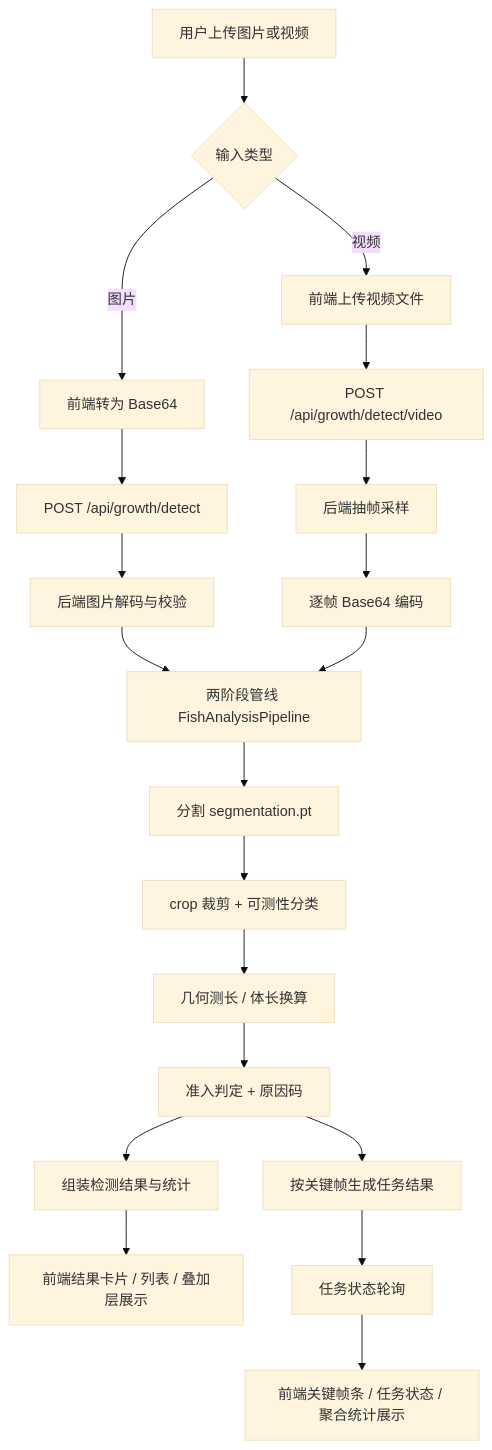
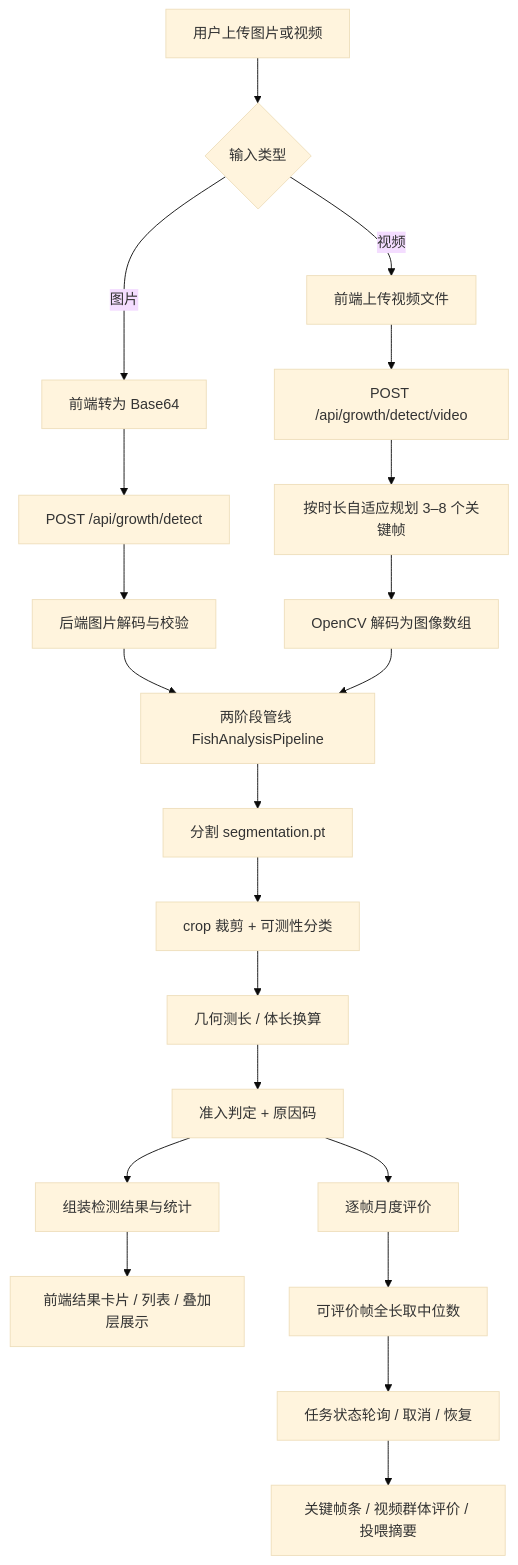
Before and after one commit to Yihe-ng/smart-fishery: the second of 2 diagrams in README.md, drawn with Mermaid (base theme). The commit also changed other lines of this file, not shown here.

````diff
--- a/README.md
+++ b/README.md
@@ -182,25 +182,26 @@
 ```mermaid
 flowchart TD
     A[用户上传图片或视频] --> B{输入类型}
     B -->|图片| C[前端转为 Base64]
     B -->|视频| D[前端上传视频文件]
 
     C --> E[POST /api/growth/detect]
     D --> F[POST /api/growth/detect/video]
 
     E --> G[后端图片解码与校验]
     G --> H[两阶段管线 FishAnalysisPipeline]
     H --> H1[分割 segmentation.pt]
     H1 --> H2[crop 裁剪 + 可测性分类]
     H2 --> H3[几何测长 / 体长换算]
     H3 --> I[准入判定 + 原因码]
     I --> J[组装检测结果与统计]
     J --> K[前端结果卡片 / 列表 / 叠加层展示]
 
-    F --> N[后端抽帧采样]
-    N --> O[逐帧 Base64 编码]
+    F --> N[按时长自适应规划 3–8 个关键帧]
+    N --> O[OpenCV 解码为图像数组]
     O --> H
-    I --> P[按关键帧生成任务结果]
-    P --> Q[任务状态轮询]
-    Q --> R[前端关键帧条 / 任务状态 / 聚合统计展示]
+    I --> P[逐帧月度评价]
+    P --> P1[可评价帧全长取中位数]
+    P1 --> Q[任务状态轮询 / 取消 / 恢复]
+    Q --> R[关键帧条 / 视频群体评价 / 投喂摘要]
 ```
````
